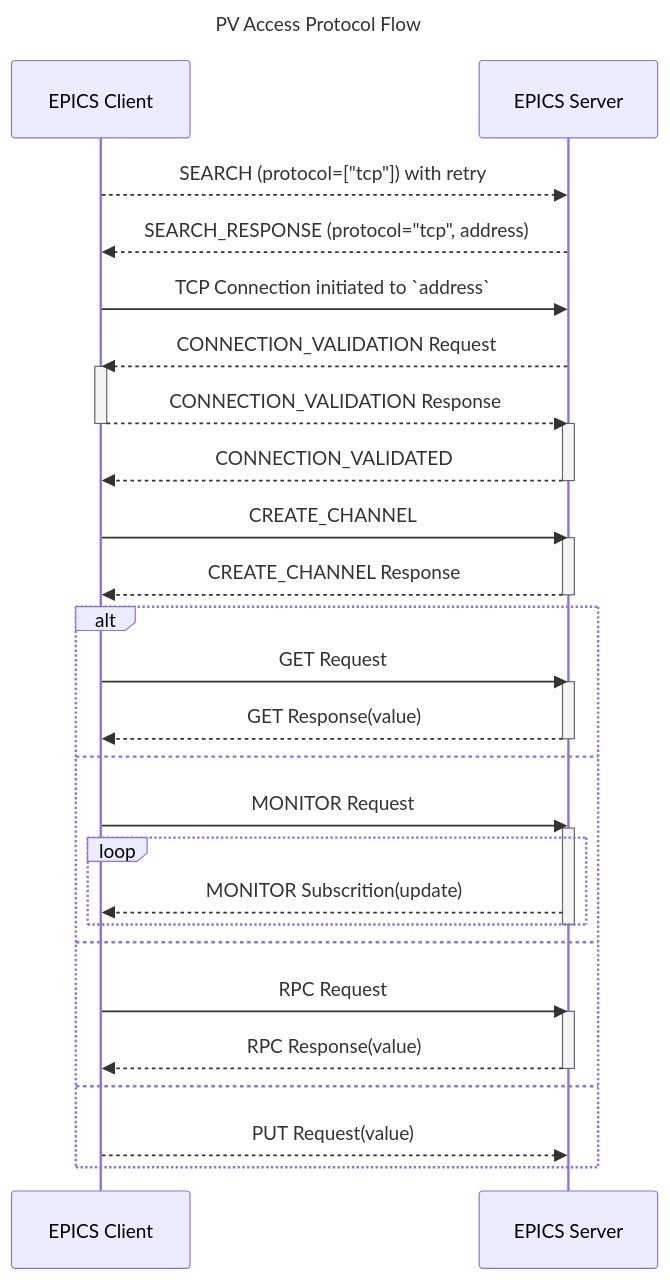
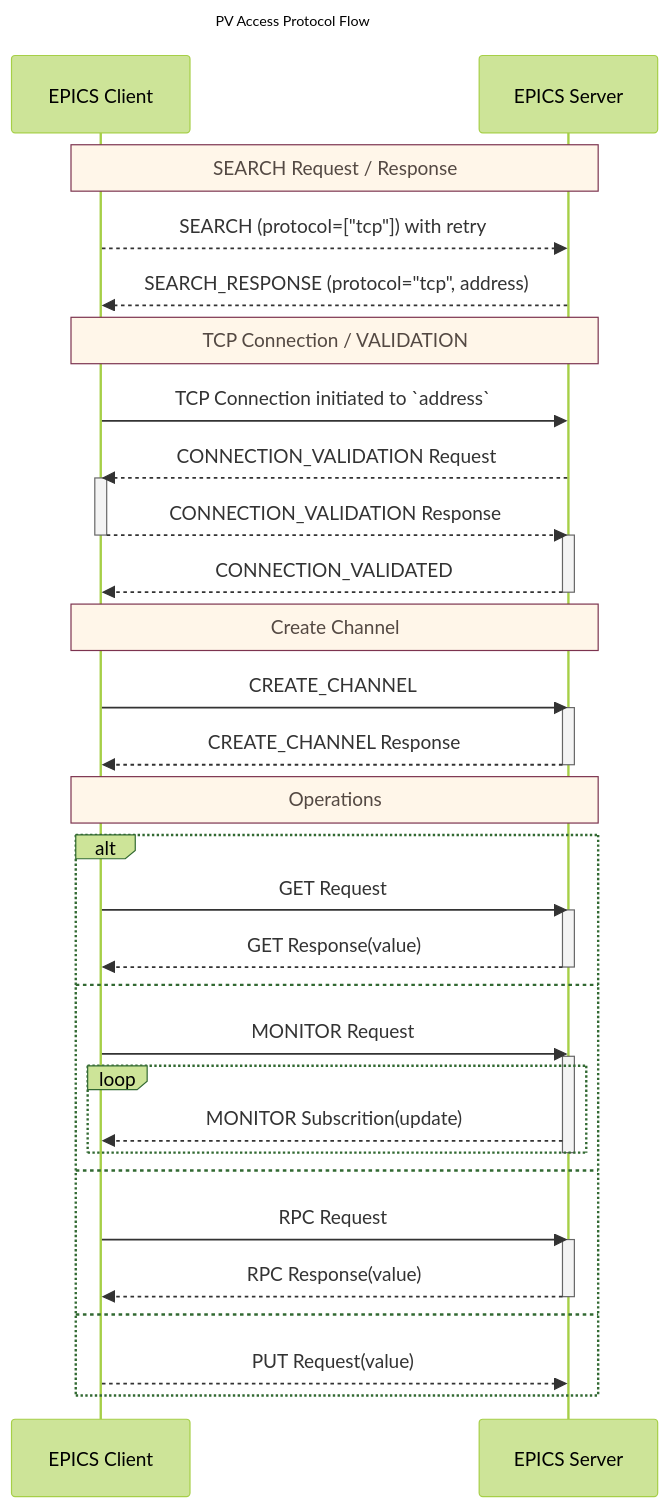
The diagram in documentation/diagram_specs/pva_seq.mmd (george-mcintyre/pvxs), drawn with Mermaid before and after one commit. The commit also changed 4 other files, not shown here.

Commit message:
"Enhance sequence diagrams with theming, notes, and detailed state descriptions"

```diff
--- a/documentation/diagram_specs/pva_seq.mmd
+++ b/documentation/diagram_specs/pva_seq.mmd
@@ -1,45 +1,65 @@
+%%{init: {
+    'theme': 'forest',
+    'themeVariables': {
+        'noteBkgColor': '#fff6e9',
+        'noteBorderColor': '#7c334f',
+        'noteTextColor': '#544943',
+        'fontFamily': 'Georgia Serif',
+        'fontSize': '12px',
+        'messageFontSize': '12px',
+        'noteFontSize': '12px',
+        'actorFontSize': '14px',
+        'width': 1200,
+        'boxMargin': 20,
+        'messageMargin': 40
+    }
+}}%%
 sequenceDiagram
     title PV Access Protocol Flow
 
     participant Agent as EPICS Client
     participant Peer as EPICS Server
 
+    Note over Agent, Peer: SEARCH Request / Response
     Agent-->>Peer: SEARCH (protocol=["tcp"]) with retry
     Peer-->>Agent: SEARCH_RESPONSE (protocol="tcp", address)
 
+    Note over Agent, Peer: TCP Connection / VALIDATION
     Agent->>Peer: TCP Connection initiated to `address`
 
     Peer-->>Agent: CONNECTION_VALIDATION Request
     activate Agent
     Agent-->>Peer: CONNECTION_VALIDATION Response
     deactivate Agent
     activate Peer
     Peer-->>Agent: CONNECTION_VALIDATED
     deactivate Peer
 
+    Note over Agent, Peer: Create Channel
     Agent->>Peer: CREATE_CHANNEL
     activate Peer
     Peer-->>Agent: CREATE_CHANNEL Response
     deactivate Peer
 
     %% Operations
+    Note over Agent, Peer: Operations
     alt
         Agent->>Peer: GET Request
         activate Peer
         Peer-->>Agent: GET Response(value)
         deactivate Peer
     else
         Agent->>Peer: MONITOR Request
         activate Peer
         loop
             Peer-->>Agent: MONITOR Subscrition(update)
         end
         deactivate Peer
     else
         Agent->>Peer: RPC Request
         activate Peer
         Peer-->>Agent: RPC Response(value)
         deactivate Peer
     else
         Agent-->>Peer: PUT Request(value)
     end
```
